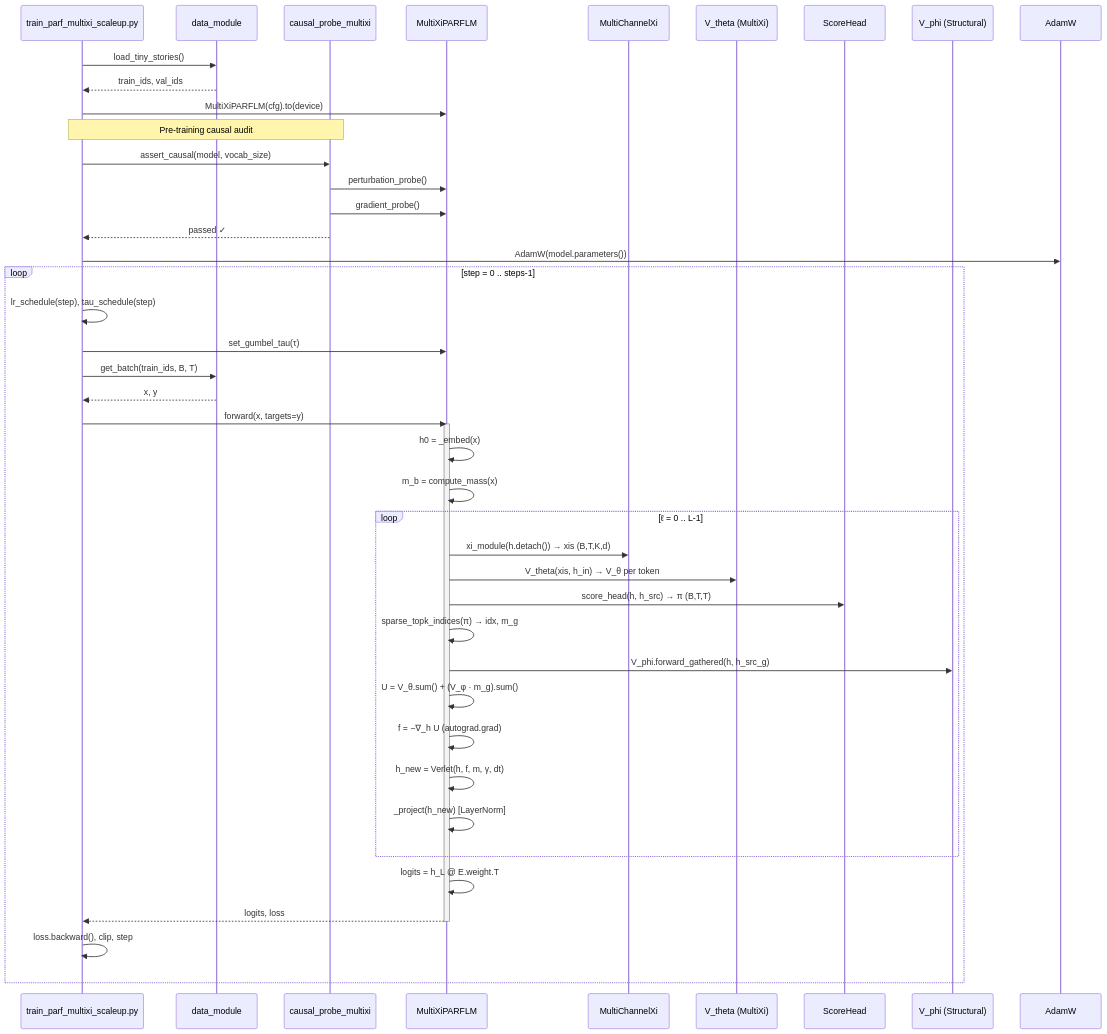
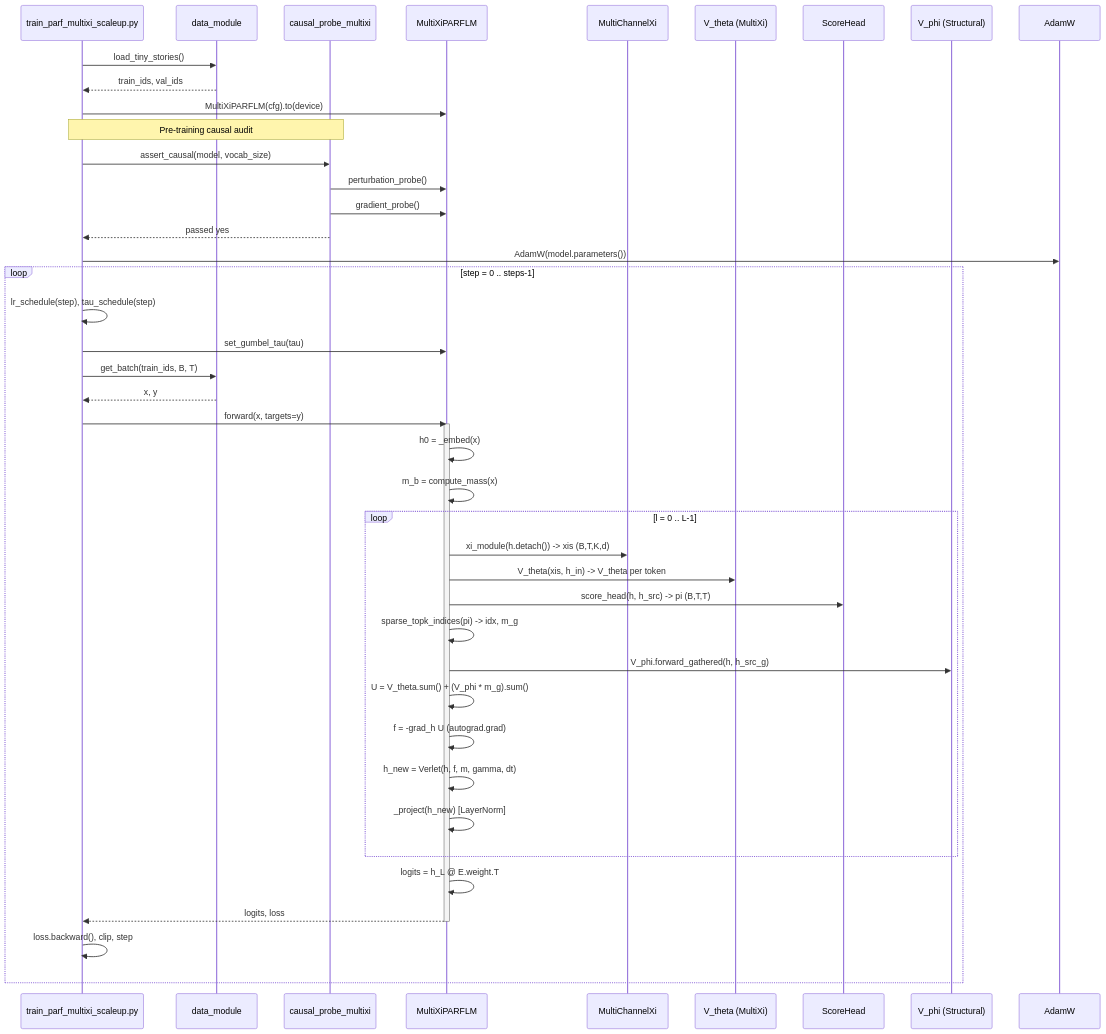
One commit to dimitarpg13/semsimula-paper changed diagram 14 of 17 in SOFTWARE_ARCHITECTURE.md. Above: the diagram before and after it, drawn with Mermaid. The commit also changed other lines of this file, not shown here.

Commit message:
add software class diagrams markdown

````diff
--- a/SOFTWARE_ARCHITECTURE.md
+++ b/SOFTWARE_ARCHITECTURE.md
@@ -933,55 +980,55 @@
 ```mermaid
 sequenceDiagram
     participant Main as train_parf_multixi_scaleup.py
     participant DM as data_module
     participant Probe as causal_probe_multixi
     participant Model as MultiXiPARFLM
     participant Xi as MultiChannelXi
     participant VT as V_theta (MultiXi)
     participant SH as ScoreHead
     participant VP as V_phi (Structural)
     participant Optim as AdamW
 
     Main->>DM: load_tiny_stories()
     DM-->>Main: train_ids, val_ids
 
     Main->>Model: MultiXiPARFLM(cfg).to(device)
 
     Note over Main,Probe: Pre-training causal audit
     Main->>Probe: assert_causal(model, vocab_size)
     Probe->>Model: perturbation_probe()
     Probe->>Model: gradient_probe()
-    Probe-->>Main: passed ✓
+    Probe-->>Main: passed yes
 
     Main->>Optim: AdamW(model.parameters())
 
     loop step = 0 .. steps-1
         Main->>Main: lr_schedule(step), tau_schedule(step)
-        Main->>Model: set_gumbel_tau(τ)
+        Main->>Model: set_gumbel_tau(tau)
         Main->>DM: get_batch(train_ids, B, T)
         DM-->>Main: x, y
 
         Main->>Model: forward(x, targets=y)
         activate Model
         Model->>Model: h0 = _embed(x)
         Model->>Model: m_b = compute_mass(x)
 
-        loop ℓ = 0 .. L-1
-            Model->>Xi: xi_module(h.detach()) → xis (B,T,K,d)
-            Model->>VT: V_theta(xis, h_in) → V_θ per token
-            Model->>SH: score_head(h, h_src) → π (B,T,T)
-            Model->>Model: sparse_topk_indices(π) → idx, m_g
+        loop l = 0 .. L-1
+            Model->>Xi: xi_module(h.detach()) -> xis (B,T,K,d)
+            Model->>VT: V_theta(xis, h_in) -> V_theta per token
+            Model->>SH: score_head(h, h_src) -> pi (B,T,T)
+            Model->>Model: sparse_topk_indices(pi) -> idx, m_g
             Model->>VP: V_phi.forward_gathered(h, h_src_g)
-            Model->>Model: U = V_θ.sum() + (V_φ · m_g).sum()
-            Model->>Model: f = −∇_h U   (autograd.grad)
-            Model->>Model: h_new = Verlet(h, f, m, γ, dt)
+            Model->>Model: U = V_theta.sum() + (V_phi * m_g).sum()
+            Model->>Model: f = -grad_h U   (autograd.grad)
+            Model->>Model: h_new = Verlet(h, f, m, gamma, dt)
             Model->>Model: _project(h_new)  [LayerNorm]
         end
 
         Model->>Model: logits = h_L @ E.weight.T
         Model-->>Main: logits, loss
         deactivate Model
 
         Main->>Main: loss.backward(), clip, step
     end
 ```
````
